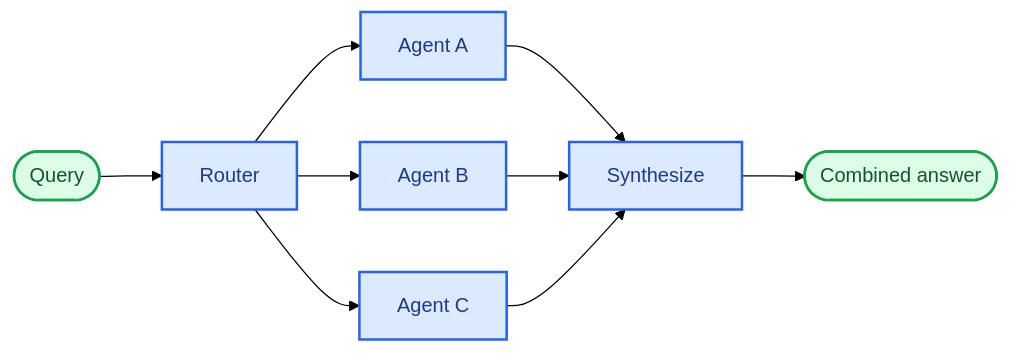
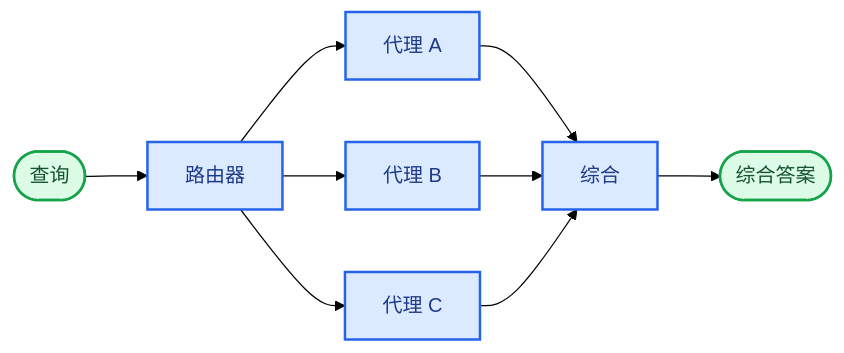
The diagram in oss/python/langchain/multi-agent/router.mdx (kunfan96/cndocs-langchain), drawn with Mermaid (forest theme) before and after one commit. The commit also changed other lines of this file and 1030 other files, not shown here.

````diff
--- a/oss/python/langchain/multi-agent/router.mdx
+++ b/oss/python/langchain/multi-agent/router.mdx
@@ -7,17 +7,17 @@
 ```mermaid
 graph LR
-    A([Query]) --> B[Router]
-    B --> C[Agent A]
-    B --> D[Agent B]
-    B --> E[Agent C]
-    C --> F[Synthesize]
+    A([查询]) --> B[路由器]
+    B --> C[代理 A]
+    B --> D[代理 B]
+    B --> E[代理 C]
+    C --> F[综合]
     D --> F
     E --> F
-    F --> G([Combined answer])
+    F --> G([综合答案])
 
     classDef trigger fill:#DCFCE7,stroke:#16A34A,stroke-width:2px,color:#14532D
     classDef process fill:#DBEAFE,stroke:#2563EB,stroke-width:2px,color:#1E3A8A
 
     class A,G trigger
     class B,C,D,E,F process
 ```
````
